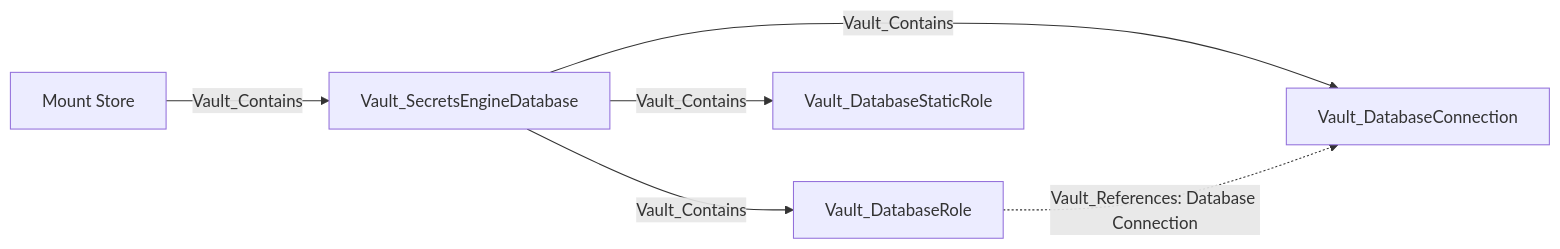
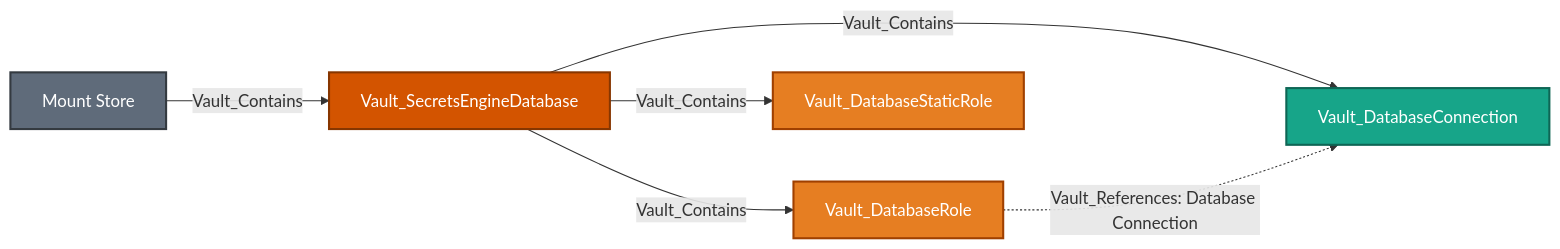
Before and after one commit to bytewreck/opengraph-vault: the seventh of 29 diagrams in Documentation/stores/MOUNTS.md, drawn with Mermaid. The commit also changed other lines of this file and 4 other files, not shown here.

````diff
--- a/Documentation/stores/MOUNTS.md
+++ b/Documentation/stores/MOUNTS.md
@@ -208,8 +231,13 @@
 ```mermaid
 flowchart LR
-    store[Mount Store] -->|Vault_Contains| mount[Vault_SecretsEngineDatabase]
-    mount -->|Vault_Contains| connection[Vault_DatabaseConnection]
-    mount -->|Vault_Contains| role[Vault_DatabaseRole]
-    mount -->|Vault_Contains| static[Vault_DatabaseStaticRole]
+    store[Mount Store]:::storeNode -->|Vault_Contains| mount[Vault_SecretsEngineDatabase]:::mountNode
+    mount -->|Vault_Contains| connection[Vault_DatabaseConnection]:::referenceNode
+    mount -->|Vault_Contains| role[Vault_DatabaseRole]:::secretObjectNode
+    mount -->|Vault_Contains| static[Vault_DatabaseStaticRole]:::secretObjectNode
     role -.->|Vault_References: Database Connection| connection
+
+    classDef storeNode fill:#5F6B7A,color:#fff,stroke:#343A40,stroke-width:2px
+    classDef mountNode fill:#D35400,color:#fff,stroke:#873600,stroke-width:2px
+    classDef secretObjectNode fill:#E67E22,color:#fff,stroke:#A04000,stroke-width:2px
+    classDef referenceNode fill:#17A589,color:#fff,stroke:#0E6655,stroke-width:2px
 ```
````
